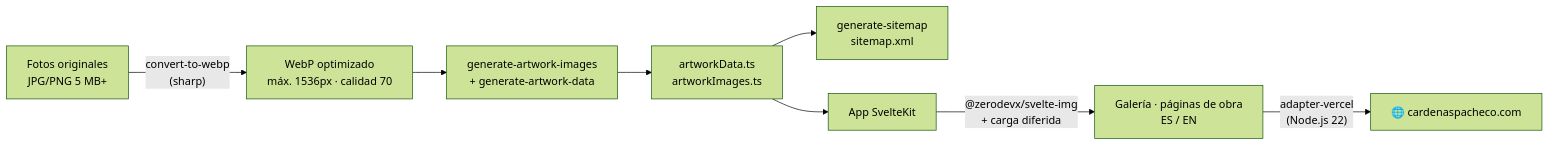
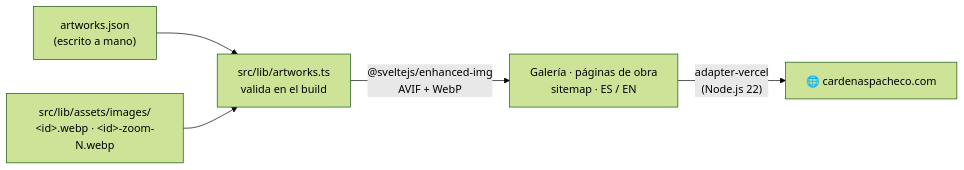
The diagram in README.md (jfdg01/art-porfolio-cardenas-pachecho), drawn with Mermaid (forest theme) before and after one commit. The commit also changed other lines of this file and 88 other files, not shown here.

````diff
--- a/README.md
+++ b/README.md
@@ -24,10 +24,7 @@
 ```mermaid
 flowchart LR
-    A["Fotos originales<br/>JPG/PNG 5 MB+"] -->|"convert-to-webp<br/>(sharp)"| B["WebP optimizado<br/>máx. 1536px · calidad 70"]
-    B --> C["generate-artwork-images<br/>+ generate-artwork-data"]
-    C --> D["artworkData.ts<br/>artworkImages.ts"]
-    D --> E["generate-sitemap<br/>sitemap.xml"]
-    D --> F["App SvelteKit"]
-    F -->|"@zerodevx/svelte-img<br/>+ carga diferida"| G["Galería · páginas de obra<br/>ES / EN"]
+    A["artworks.json<br/>(escrito a mano)"] --> C["src/lib/artworks.ts<br/>valida en el build"]
+    B["src/lib/assets/images/<br/>&lt;id&gt;.webp · &lt;id&gt;-zoom-N.webp"] --> C
+    C -->|"@sveltejs/enhanced-img<br/>AVIF + WebP"| G["Galería · páginas de obra<br/>sitemap · ES / EN"]
     G -->|"adapter-vercel<br/>(Node.js 22)"| H["🌐 cardenaspacheco.com"]
 ```
````
